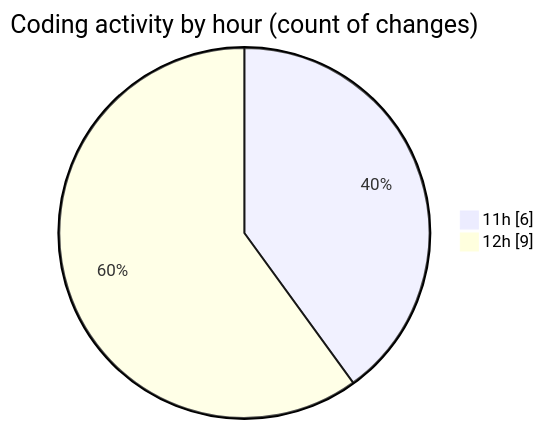
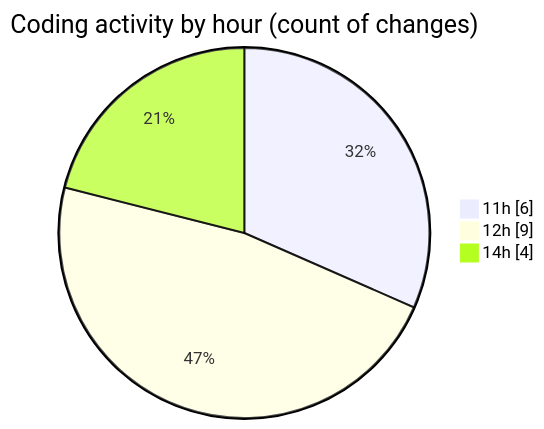
One commit to debugP/code-tracking changed the second of 2 diagrams in 2025-10-17/untitled__workspace_/README.md. Above: the diagram before and after it, drawn with Mermaid. The commit also changed other lines of this file and 1 other file, not shown here.

````diff
--- a/2025-10-17/untitled__workspace_/README.md
+++ b/2025-10-17/untitled__workspace_/README.md
@@ -32,6 +32,7 @@
 ```mermaid
 pie showData
 title Coding activity by hour (count of changes)
 "11h" : 6
 "12h" : 9
+"14h" : 4
 ```
````
